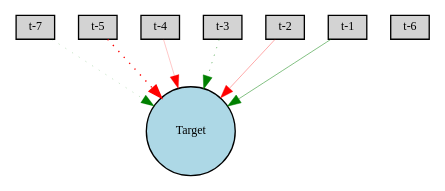
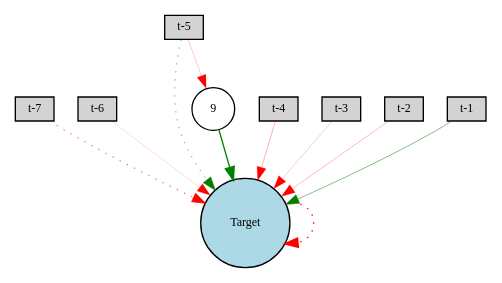
One commit to lafengxiaoyu/ENN changed the diagram in lynx/Digraph.gv. Above: the diagram before and after it, drawn with Graphviz. The commit also changed 6 other files, not shown here.

```diff
--- a/lynx/Digraph.gv
+++ b/lynx/Digraph.gv
@@ -1,17 +1,22 @@
 digraph {
 	node [fontsize=9 height=0.2 shape=circle width=0.2]
 	"t-7" [fillcolor=lightgray shape=box style=filled]
 	"t-6" [fillcolor=lightgray shape=box style=filled]
 	"t-5" [fillcolor=lightgray shape=box style=filled]
 	"t-4" [fillcolor=lightgray shape=box style=filled]
 	"t-3" [fillcolor=lightgray shape=box style=filled]
 	"t-2" [fillcolor=lightgray shape=box style=filled]
 	"t-1" [fillcolor=lightgray shape=box style=filled]
 	Target [fillcolor=lightblue style=filled]
-	"t-7" -> Target [color=green penwidth=0.15666409965483993 style=dotted]
-	"t-5" -> Target [color=red penwidth=1.063722872556968 style=dotted]
-	"t-4" -> Target [color=red penwidth=0.1680421059247051 style=solid]
-	"t-3" -> Target [color=green penwidth=0.35923579953720153 style=dotted]
-	"t-2" -> Target [color=red penwidth=0.25911496544714707 style=solid]
-	"t-1" -> Target [color=green penwidth=0.3710535094093095 style=solid]
+	9 [fillcolor=white style=filled]
+	"t-7" -> Target [color=red penwidth=0.6023977926784667 style=dotted]
+	"t-6" -> Target [color=red penwidth=0.11426049526096005 style=solid]
+	"t-5" -> Target [color=green penwidth=0.46460418892089594 style=dotted]
+	"t-4" -> Target [color=red penwidth=0.2321796178454878 style=solid]
+	"t-3" -> Target [color=red penwidth=0.1648623317523064 style=solid]
+	"t-2" -> Target [color=red penwidth=0.2125766782824291 style=solid]
+	"t-1" -> Target [color=green penwidth=0.3666091369934982 style=solid]
+	Target -> Target [color=red penwidth=1.0703238450535524 style=dotted]
+	"t-5" -> 9 [color=red penwidth=0.16133280857319238 style=solid]
+	9 -> Target [color=green penwidth=0.9623628157106505 style=solid]
 }
```
